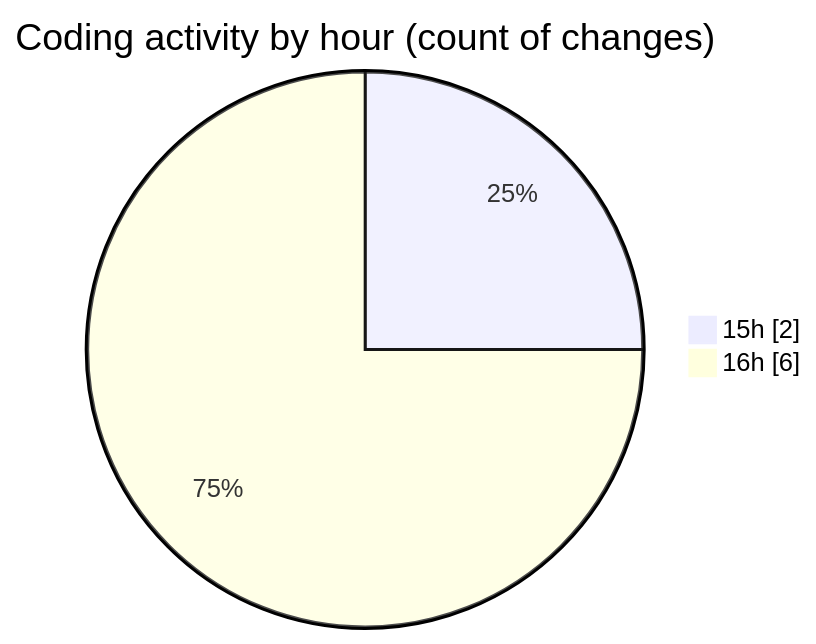
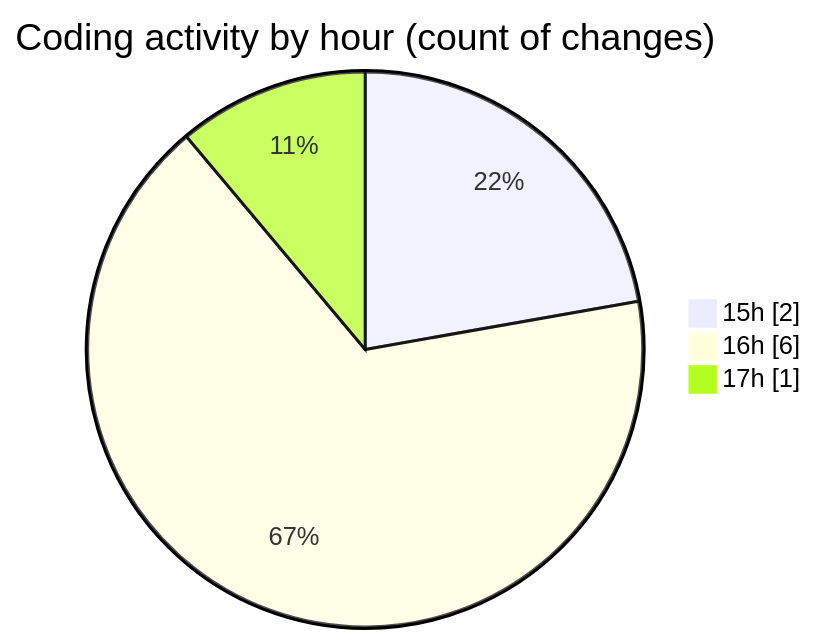
Before and after one commit to momahboobian/code-tracking: the second of 2 diagrams in 2026-04-21/ise-web-ofcom/README.md, drawn with Mermaid. The commit also changed other lines of this file and 1 other file, not shown here.

````diff
--- a/2026-04-21/ise-web-ofcom/README.md
+++ b/2026-04-21/ise-web-ofcom/README.md
@@ -32,6 +34,7 @@
 ```mermaid
 pie showData
 title Coding activity by hour (count of changes)
 "15h" : 2
 "16h" : 6
+"17h" : 1
 ```
````
